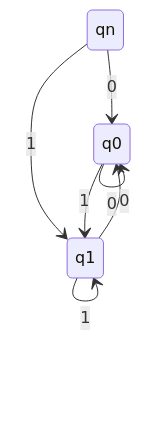
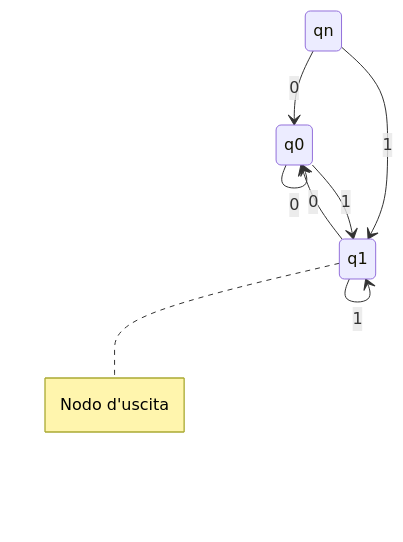
One commit to AlessandroMIlani/Obsidian changed the second of 3 diagrams in Università/Anno II/LFT/DFA.md. Above: the diagram before and after it, drawn with Mermaid. The commit also changed other lines of this file and 1 other file, not shown here.

````diff
--- a/Università/Anno II/LFT/DFA.md
+++ b/Università/Anno II/LFT/DFA.md
@@ -77,10 +77,11 @@
 ```mermaid 
 stateDiagram-v2 
 	qn --> q0 : 0
 	qn --> q1 :1
 	q1 --> q0 : 0
 	q0 --> q1 : 1
 	q1 --> q1 : 1
 	q0 --> q0 :0
+	Note right of q1: Nodo d'uscita
 
 ```
````
